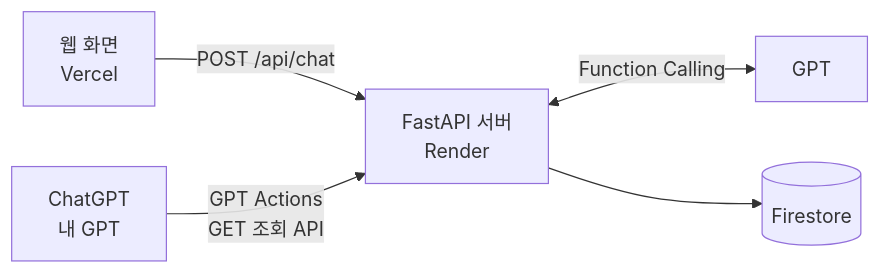
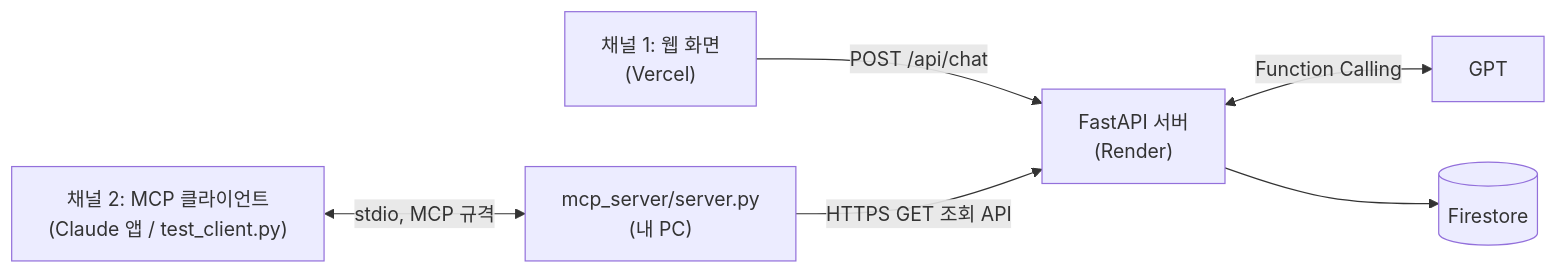
Before and after one commit to goodday-min/Rule_Keeper: the third of 15 diagrams in README.md, drawn with Mermaid. The commit also changed other lines of this file, not shown here.

Commit message:
README 보강, MCP 서버 추가

````diff
--- a/README.md
+++ b/README.md
@@ -187,7 +270,8 @@
 ```mermaid
 flowchart LR
-    W[웹 화면<br/>Vercel] -->|POST /api/chat| S[FastAPI 서버<br/>Render]
+    W["채널 1: 웹 화면<br/>(Vercel)"] -->|"POST /api/chat"| S["FastAPI 서버<br/>(Render)"]
     S <-->|Function Calling| G[GPT]
-    C[ChatGPT<br/>내 GPT] -->|GPT Actions<br/>GET 조회 API| S
+    C["채널 2: MCP 클라이언트<br/>(Claude 앱 / test_client.py)"] <-->|"stdio, MCP 규격"| M["mcp_server/server.py<br/>(내 PC)"]
+    M -->|"HTTPS GET 조회 API"| S
     S --> F[(Firestore)]
 ```
````
